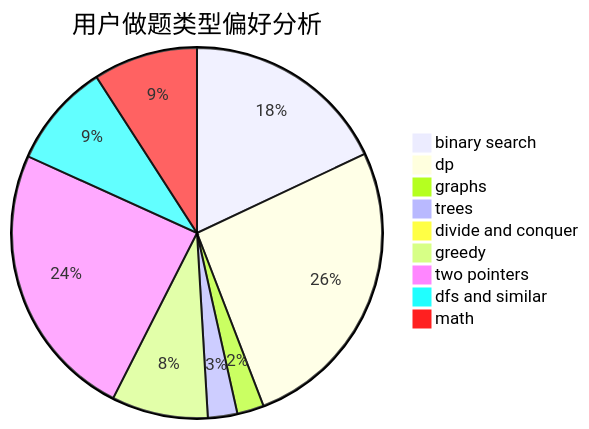
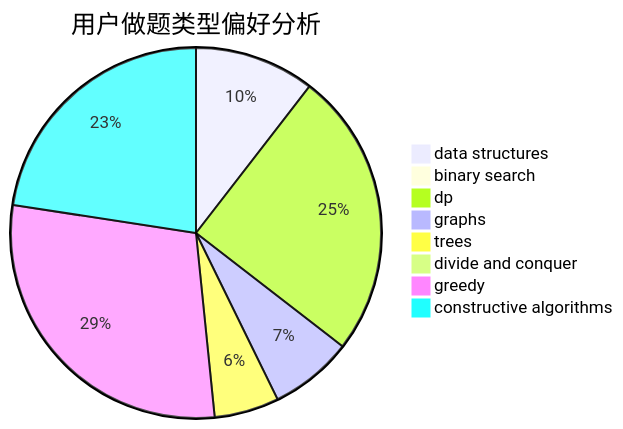
Before and after one commit to sherpahu/cfrs.github.io: the second of 3 diagrams in docs/user/u1921.md, drawn with Mermaid. The commit also changed other lines of this file and 2775 other files, not shown here.

````diff
--- a/docs/user/u1921.md
+++ b/docs/user/u1921.md
@@ -23,12 +23,11 @@
 ```mermaid
 pie title 用户做题类型偏好分析
-    "binary search" :  77
-    "dp" :  112
-    "graphs" :  10
-    "trees" :  11
+    "data structures" :  13
+    "binary search" :  0
+    "dp" :  31
+    "graphs" :  9
+    "trees" :  7
     "divide and conquer" :  0
     "greedy" :  36
-    "two pointers" :  104
-    "dfs and similar" :  39
-    "math" :  39
+    "constructive algorithms" :  28
 ```
````
